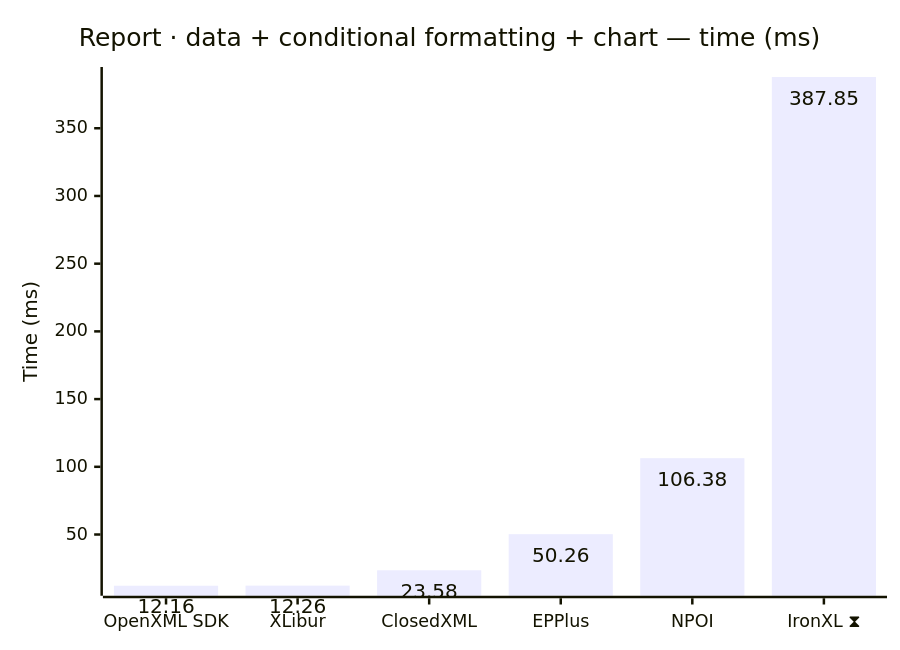
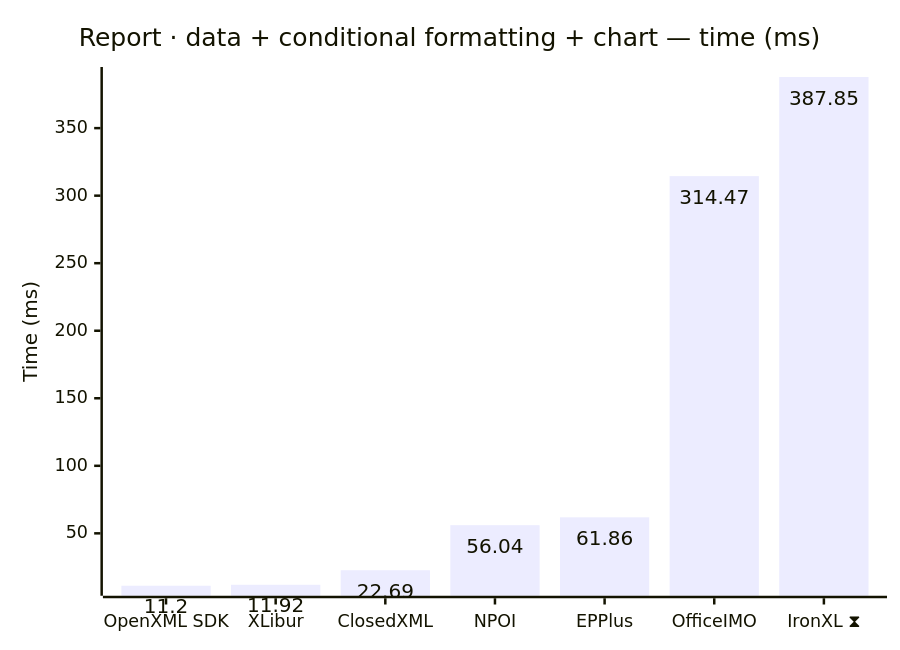
Before and after one commit to jafin/XLBench: the seventh of 12 diagrams in docs/results-ci.md, drawn with Mermaid. The commit also changed other lines of this file, not shown here.

````diff
--- a/docs/results-ci.md
+++ b/docs/results-ci.md
@@ -119,12 +121,12 @@
 ```mermaid
 ---
 config:
   xyChart:
     showDataLabel: true
 ---
 xychart-beta
     title "Report · data + conditional formatting + chart — time (ms)"
-    x-axis ["OpenXML SDK", "XLibur", "ClosedXML", "EPPlus", "NPOI", "IronXL ⧗"]
+    x-axis ["OpenXML SDK", "XLibur", "ClosedXML", "NPOI", "EPPlus", "OfficeIMO", "IronXL ⧗"]
     y-axis "Time (ms)"
-    bar [12.16, 12.26, 23.58, 50.26, 106.38, 387.85]
+    bar [11.2, 11.92, 22.69, 56.04, 61.86, 314.47, 387.85]
 ```
````
